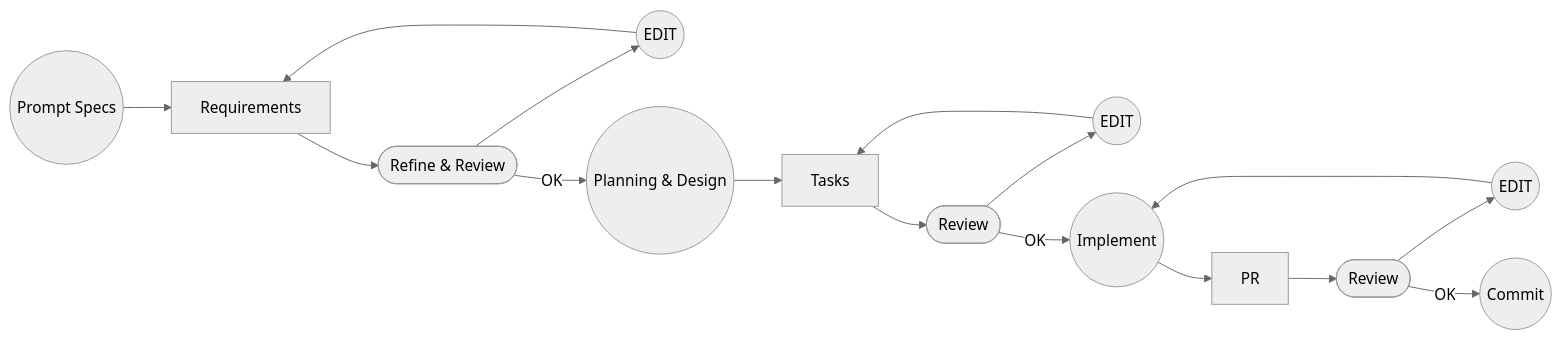
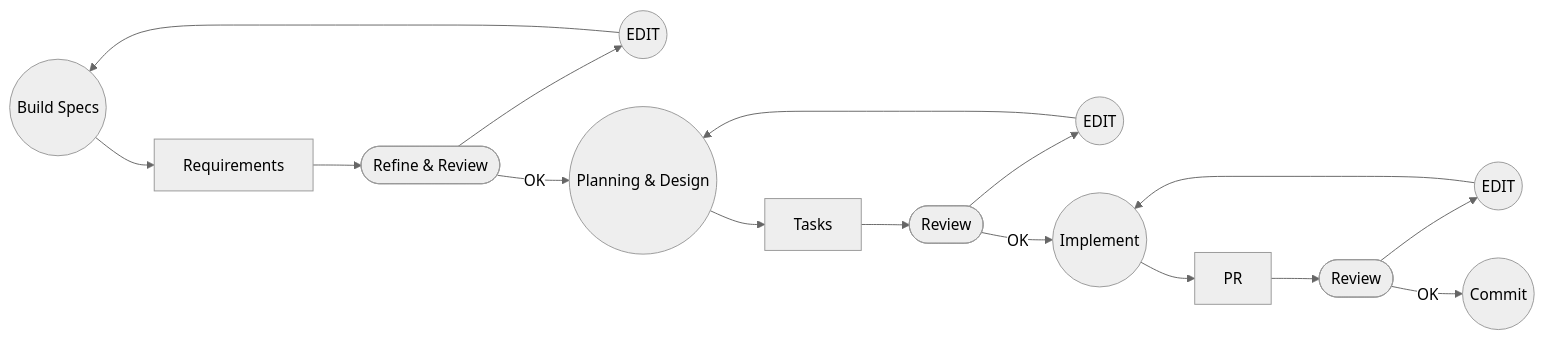
The diagram in _draft/SDD.md (anhttmle/anhttmle.github.io), drawn with Mermaid (neutral theme) before and after one commit.

````diff
--- a/_draft/SDD.md
+++ b/_draft/SDD.md
@@ -1,29 +1,29 @@
 ```mermaid
   flowchart LR
-  prompt_spec(("Prompt Specs"))
+  prompt_spec(("Build Specs"))
   req["Requirements"]
 
   prompt_spec --> req
   req --> spec_state(["Refine & Review"])
 
   spec_state --> spec_prompt_edit(("EDIT"))
   spec_state --OK--> design(("Planning & Design"))
 
   design --> task["Tasks"]
   task --> task_state(["Review"])
 
   task_state --> task_edit(("EDIT"))
   task_state --OK--> implement(("Implement"))
 
   implement --> PR["PR"]
   PR --> implement_state(["Review"])
   implement_state --> implement_edit(("EDIT"))
   implement_state --OK--> commit(("Commit"))
   
   
 
-  spec_prompt_edit --> req
-  task_edit --> task
+  spec_prompt_edit --> prompt_spec
+  task_edit --> design
   implement_edit --> implement
 
 ```
````
